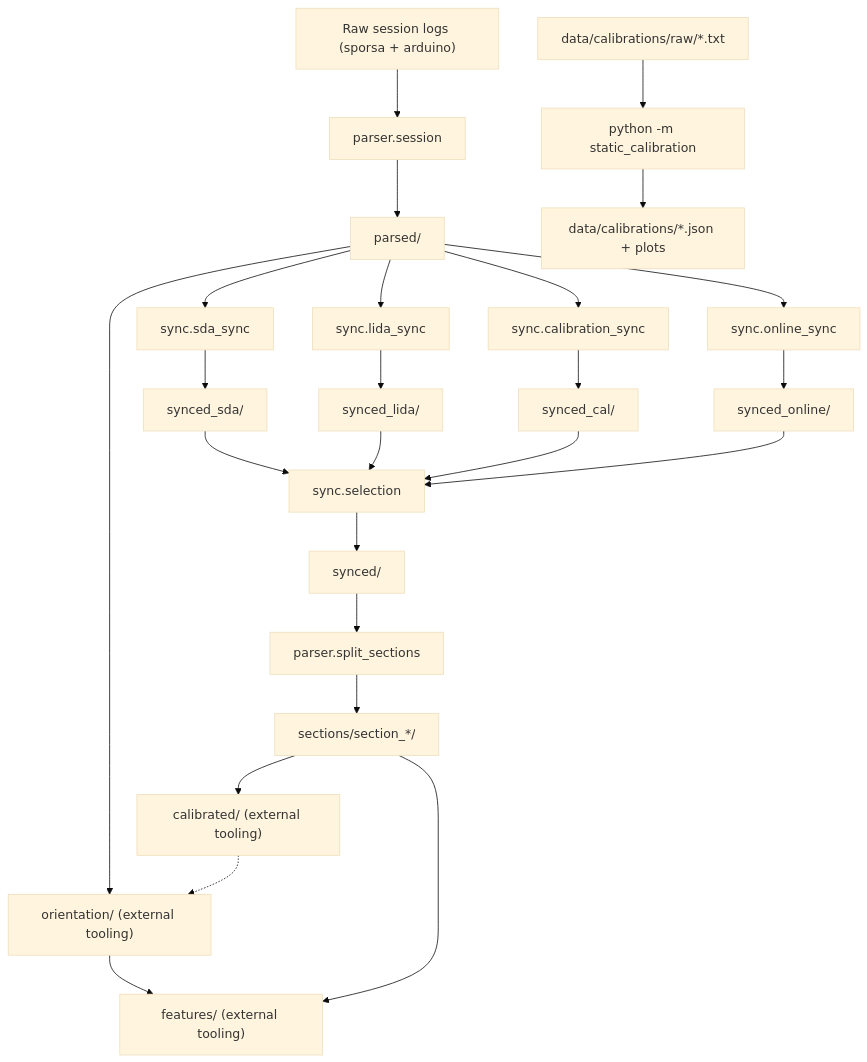
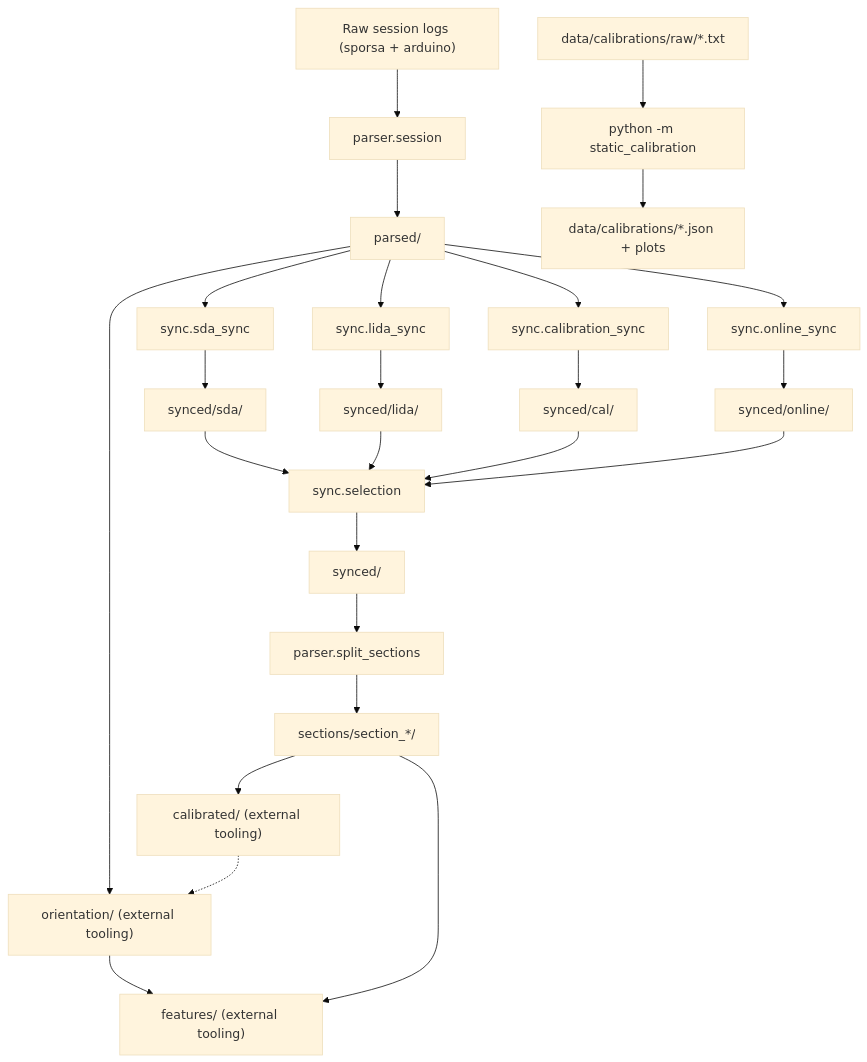
The diagram in analysis/README.md (xanderdurieux/multi-imu), drawn with Mermaid (base theme) before and after one commit. The commit also changed other lines of this file and 17 other files, not shown here.

````diff
--- a/analysis/README.md
+++ b/analysis/README.md
@@ -382,24 +382,24 @@
 ```mermaid
 flowchart TD
   rawSession["Raw session logs (sporsa + arduino)"] --> parseSession["parser.session"]
   parseSession --> parsedStage["parsed/"]
   parsedStage --> syncSDA["sync.sda_sync"]
   parsedStage --> syncLIDA["sync.lida_sync"]
   parsedStage --> syncCal["sync.calibration_sync"]
   parsedStage --> syncOnline["sync.online_sync"]
-  syncSDA --> syncedSDA["synced_sda/"]
-  syncLIDA --> syncedLida["synced_lida/"]
-  syncCal --> syncedCal["synced_cal/"]
-  syncOnline --> syncedOnline["synced_online/"]
+  syncSDA --> syncedSDA["synced/sda/"]
+  syncLIDA --> syncedLida["synced/lida/"]
+  syncCal --> syncedCal["synced/cal/"]
+  syncOnline --> syncedOnline["synced/online/"]
   syncedSDA & syncedLida & syncedCal & syncedOnline --> selection["sync.selection"]
   selection --> syncedBest["synced/"]
   syncedBest --> splitSections["parser.split_sections"]
   splitSections --> sectionsStage["sections/section_*/"]
   sectionsStage --> optionalCal["calibrated/ (external tooling)"]
   parsedStage --> optionalOri["orientation/ (external tooling)"]
   optionalCal -.-> optionalOri
   optionalOri --> optionalFeat["features/ (external tooling)"]
   sectionsStage --> optionalFeat
   rawCalib["data/calibrations/raw/*.txt"] --> staticCal["python -m static_calibration"]
   staticCal --> calibOut["data/calibrations/*.json + plots"]
 ```
````
